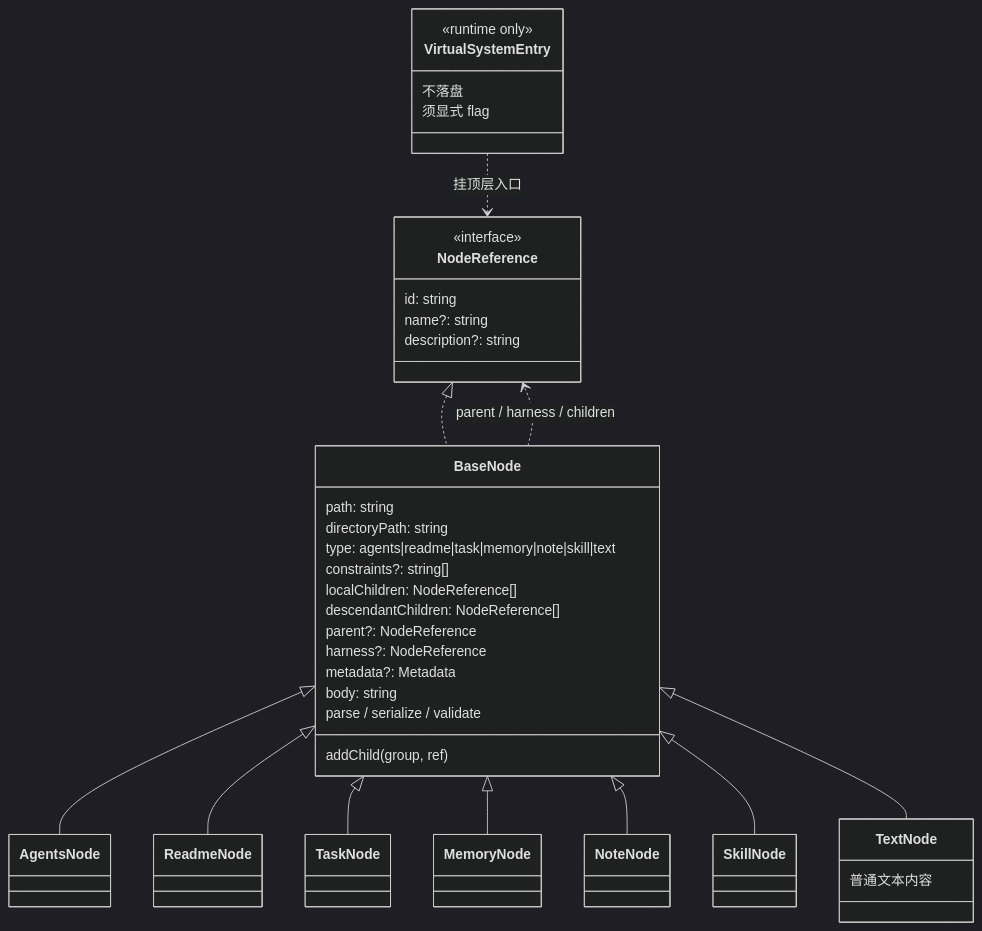
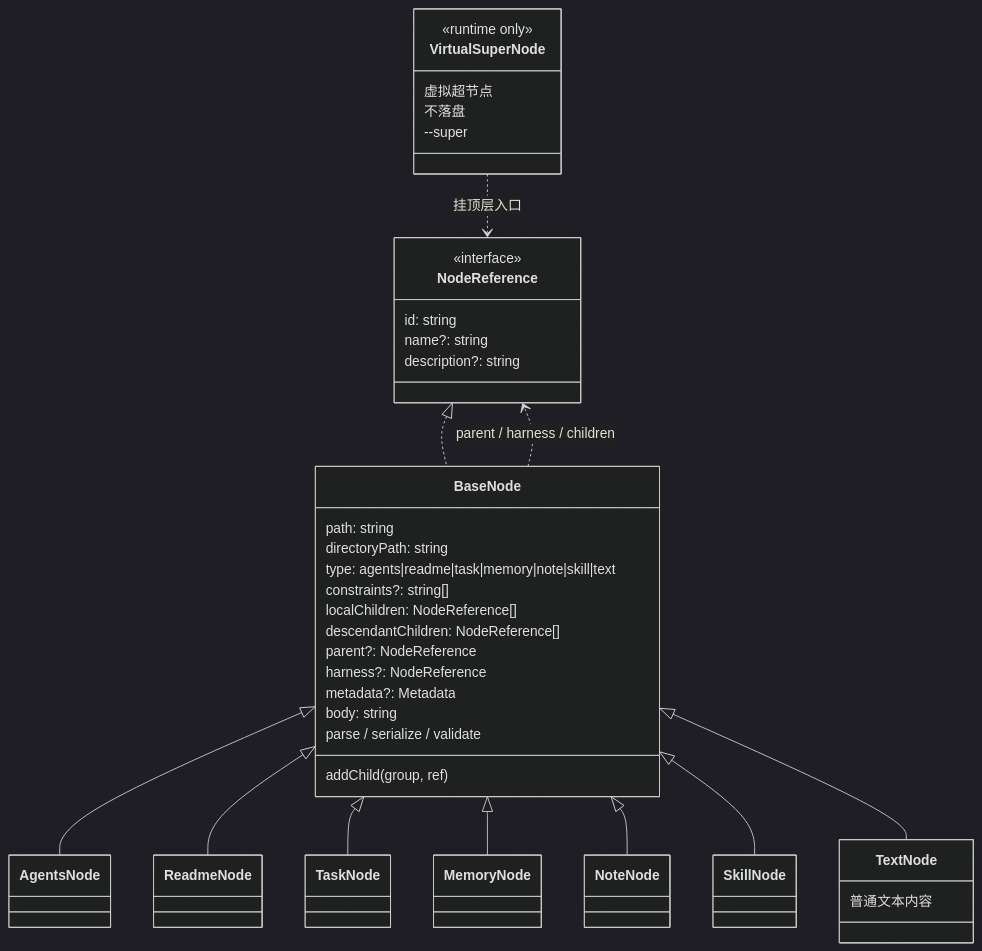
Before and after one commit to VirusPC/edges: the second of 5 diagrams in docs/superpowers/specs/2026-10-06-recursive-system-two-entries-design.md, drawn with Mermaid (dark theme). The commit also changed other lines of this file and 11 other files, not shown here.

First line of the commit message:
docs: 虚拟超节点与 --super 取代 virtual-root

````diff
--- a/docs/superpowers/specs/2026-10-06-recursive-system-two-entries-design.md
+++ b/docs/superpowers/specs/2026-10-06-recursive-system-two-entries-design.md
@@ -57,50 +57,51 @@
 ```mermaid
 classDiagram
   class NodeReference {
     <<interface>>
     id: string
     name?: string
     description?: string
   }
 
   class BaseNode {
     path: string
     directoryPath: string
     type: agents|readme|task|memory|note|skill|text
     constraints?: string[]
     localChildren: NodeReference[]
     descendantChildren: NodeReference[]
     parent?: NodeReference
     harness?: NodeReference
     metadata?: Metadata
     body: string
     addChild(group, ref)
     parse / serialize / validate
   }
 
   class AgentsNode
   class ReadmeNode
   class TaskNode
   class MemoryNode
   class NoteNode
   class SkillNode
   class TextNode {
     普通文本内容
   }
-  class VirtualSystemEntry {
+  class VirtualSuperNode {
     <<runtime only>>
+    虚拟超节点
     不落盘
-    须显式 flag
+    --super
   }
 
   NodeReference <|.. BaseNode
   BaseNode <|-- AgentsNode
   BaseNode <|-- ReadmeNode
   BaseNode <|-- TaskNode
   BaseNode <|-- MemoryNode
   BaseNode <|-- NoteNode
   BaseNode <|-- SkillNode
   BaseNode <|-- TextNode
   BaseNode ..> NodeReference : parent / harness / children
-  VirtualSystemEntry ..> NodeReference : 挂顶层入口
+  VirtualSuperNode ..> NodeReference : 挂顶层入口
 ```
````
